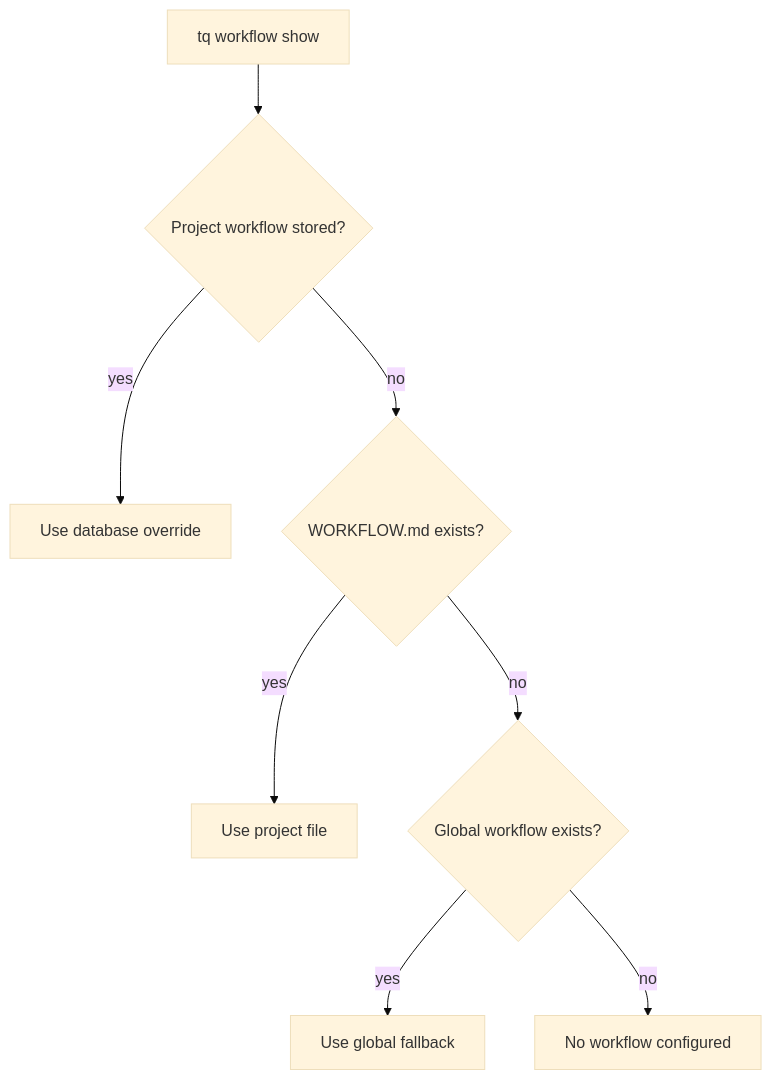
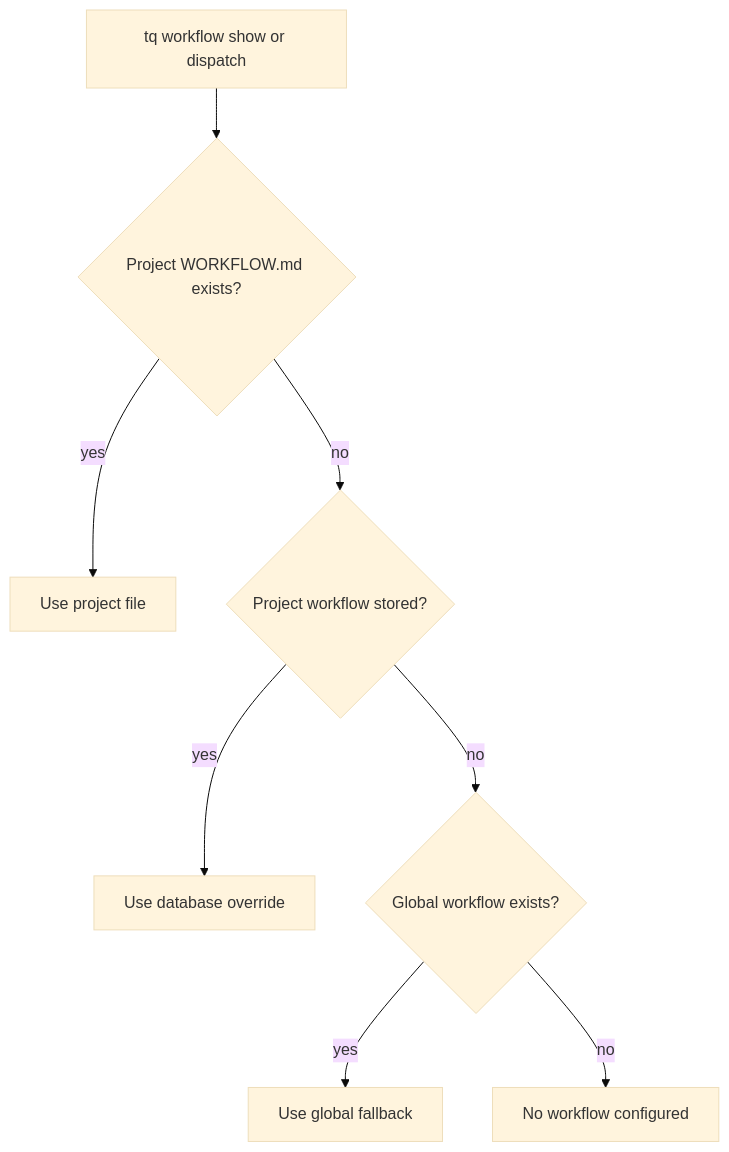
The diagram in docs/site/docs/guides/workflow-configuration.md (version-1/tasq), drawn with Mermaid (base theme) before and after one commit. The commit also changed other lines of this file and 6 other files, not shown here.

````diff
--- a/docs/site/docs/guides/workflow-configuration.md
+++ b/docs/site/docs/guides/workflow-configuration.md
@@ -13,10 +13,10 @@
 ```mermaid
 flowchart TD
-  Command[tq workflow show] --> Stored{Project workflow stored?}
+  Command[tq workflow show or dispatch] --> File{Project WORKFLOW.md exists?}
+  File -->|yes| FileWorkflow[Use project file]
+  File -->|no| Stored{Project workflow stored?}
   Stored -->|yes| StoredWorkflow[Use database override]
-  Stored -->|no| File{WORKFLOW.md exists?}
-  File -->|yes| FileWorkflow[Use project file]
-  File -->|no| Global{Global workflow exists?}
+  Stored -->|no| Global{Global workflow exists?}
   Global -->|yes| GlobalWorkflow[Use global fallback]
   Global -->|no| Missing[No workflow configured]
 ```
````
